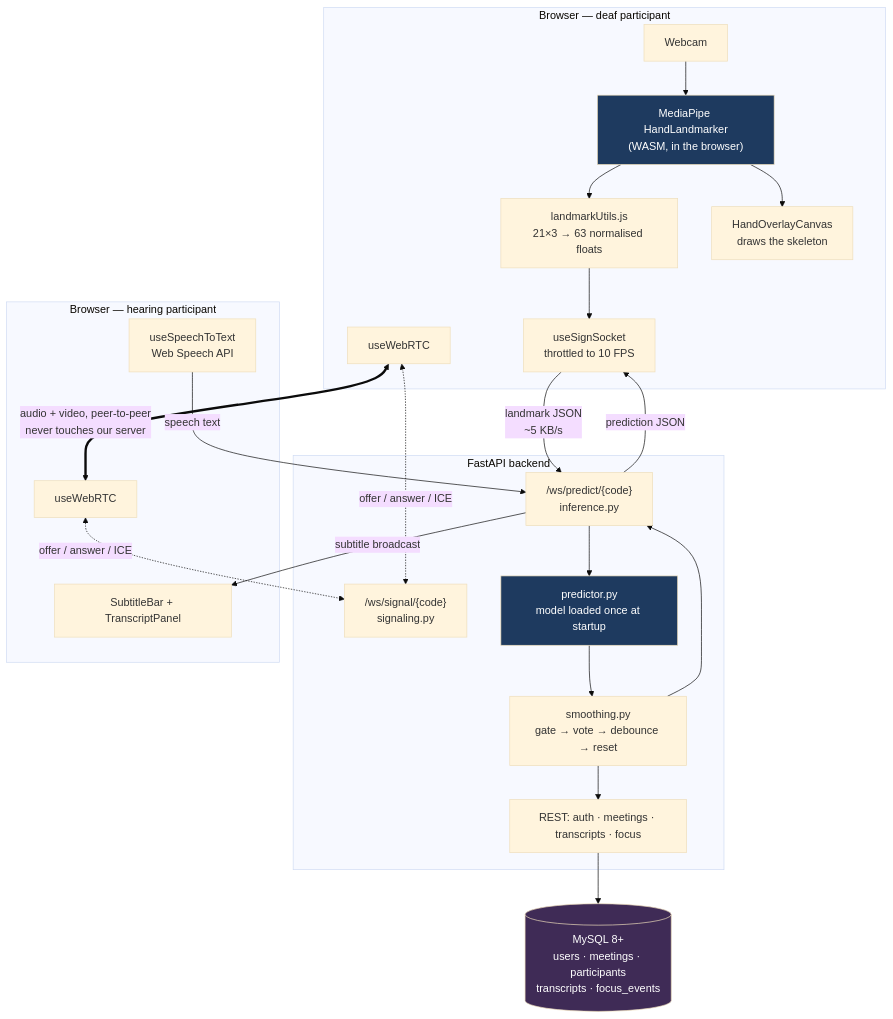
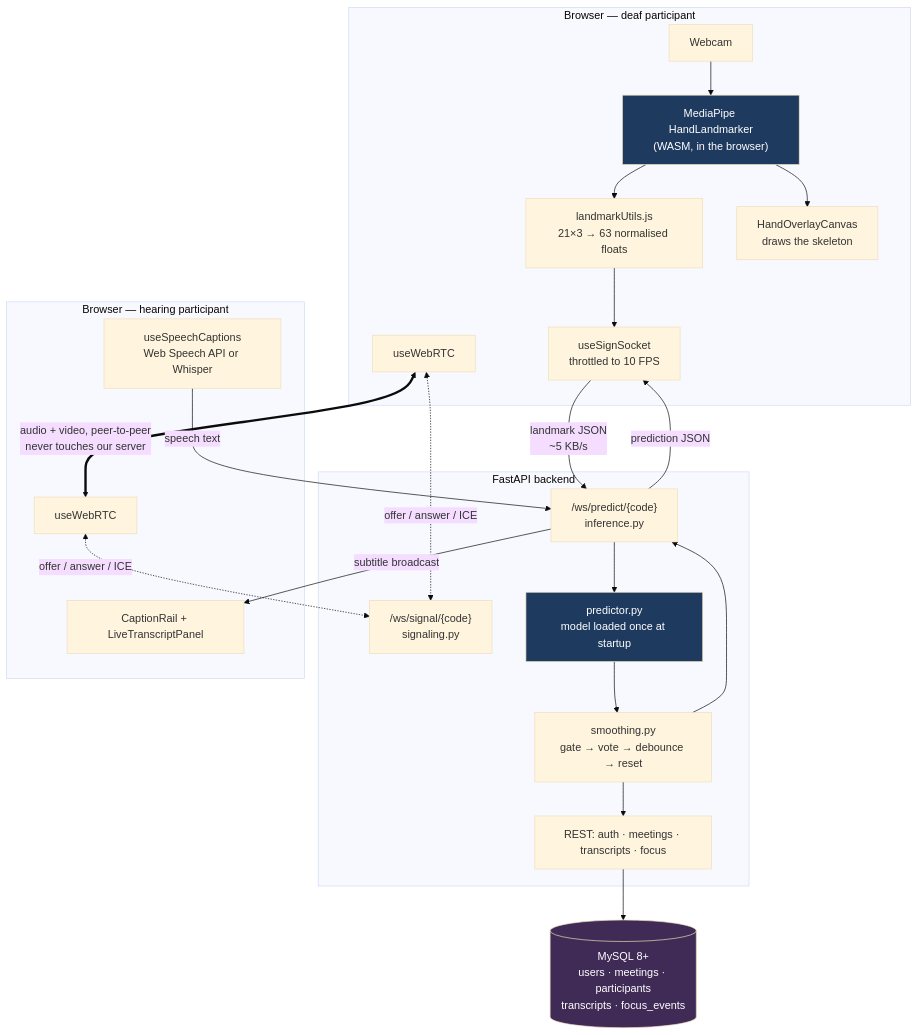
One commit to swarnaangusamy/BridgeTalk changed the first of 2 diagrams in README.md. Above: the diagram before and after it, drawn with Mermaid (base theme). The commit also changed other lines of this file and 2 other files, not shown here.

````diff
--- a/README.md
+++ b/README.md
@@ -141,41 +141,41 @@
 ```mermaid
 graph TB
     subgraph Browser1["Browser — deaf participant"]
         CAM[Webcam] --> MP["MediaPipe HandLandmarker<br/>(WASM, in the browser)"]
         MP --> NORM["landmarkUtils.js<br/>21×3 → 63 normalised floats"]
         MP --> OVL["HandOverlayCanvas<br/>draws the skeleton"]
         NORM --> WS1["useSignSocket<br/>throttled to 10 FPS"]
         RTC1["useWebRTC"]
     end
 
     subgraph Backend["FastAPI backend"]
         WSI["/ws/predict/{code}<br/>inference.py"]
         WSS["/ws/signal/{code}<br/>signaling.py"]
         PRED["predictor.py<br/>model loaded once at startup"]
         SMOOTH["smoothing.py<br/>gate → vote → debounce → reset"]
         API["REST: auth · meetings · transcripts · focus"]
         WSI --> PRED --> SMOOTH --> WSI
     end
 
     subgraph Browser2["Browser — hearing participant"]
-        SUB["SubtitleBar + TranscriptPanel"]
-        STT["useSpeechToText<br/>Web Speech API"]
+        SUB["CaptionRail + LiveTranscriptPanel"]
+        STT["useSpeechCaptions<br/>Web Speech API or Whisper"]
         RTC2["useWebRTC"]
     end
 
     DB[("MySQL 8+<br/>users · meetings · participants<br/>transcripts · focus_events")]
 
     WS1 -- "landmark JSON<br/>~5 KB/s" --> WSI
     WSI -- "prediction JSON" --> WS1
     WSI -- "subtitle broadcast" --> SUB
     STT -- "speech text" --> WSI
     RTC1 <-. "offer / answer / ICE" .-> WSS
     RTC2 <-. "offer / answer / ICE" .-> WSS
     RTC1 <== "audio + video, peer-to-peer<br/>never touches our server" ==> RTC2
     API --> DB
     SMOOTH --> API
 
     style MP fill:#1e3a5f,color:#fff
     style PRED fill:#1e3a5f,color:#fff
     style DB fill:#3f2b56,color:#fff
 ```
````
